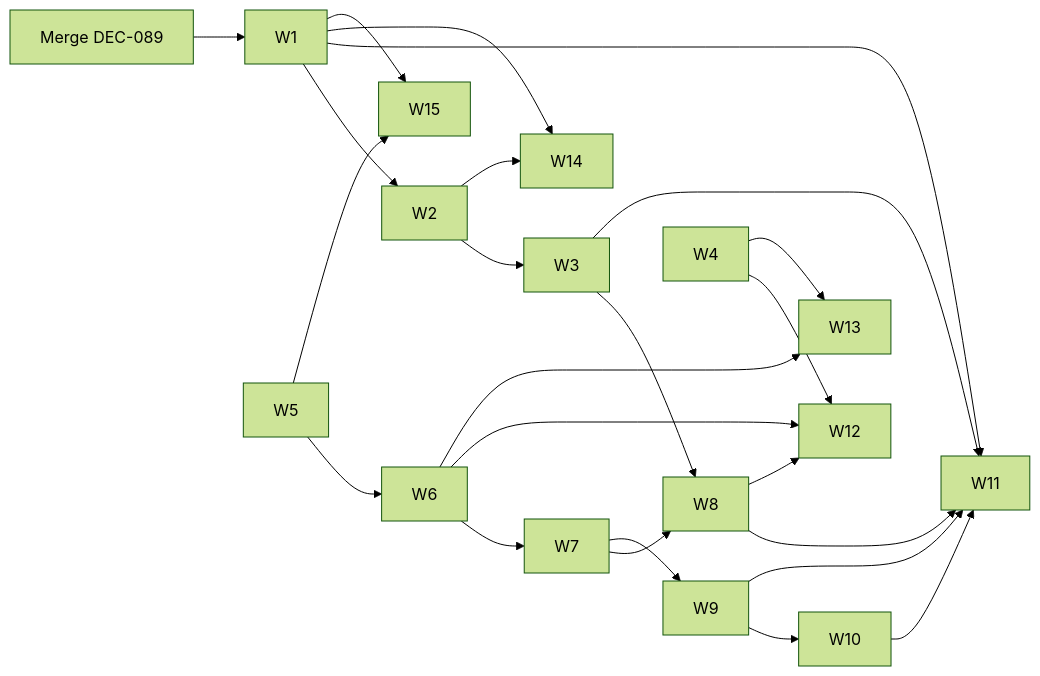
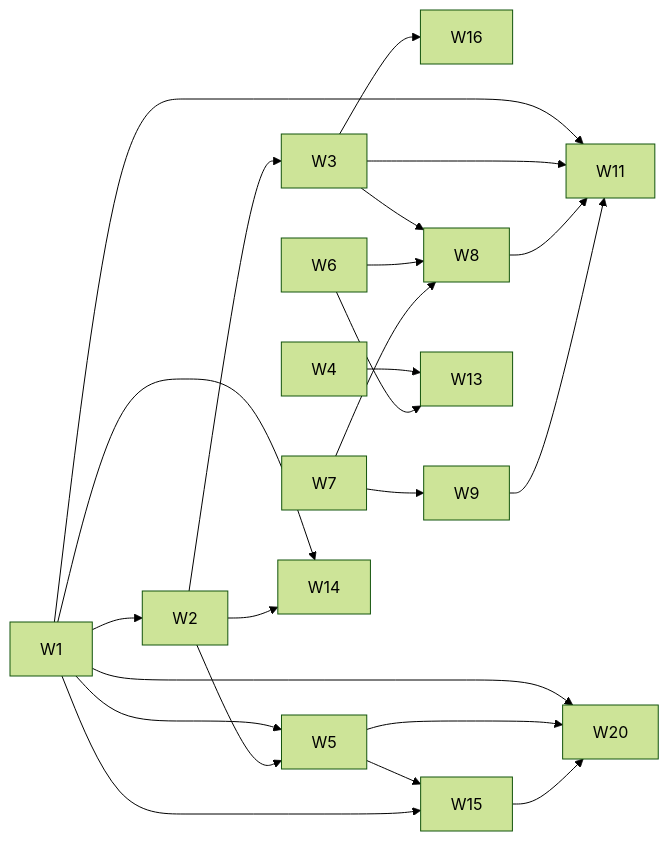
Before and after one commit to AbhishekR3/designPerspectives: the diagram in docs/waves/README.md, drawn with Mermaid (forest theme). The commit also changed other lines of this file and 28 other files, not shown here.

Commit message:
Reshape waves for v1: product vision, code search wave, findings, attachments, architecture commits, drafts, lenses for roles, system conversation

````diff
--- a/docs/waves/README.md
+++ b/docs/waves/README.md
@@ -44,13 +55,13 @@
 ```mermaid
 graph LR
-  P0[Merge DEC-089] --> W1
   W1 --> W2 --> W3
-  W5 --> W6 --> W7 --> W8
-  W3 --> W8
-  W7 --> W9 --> W10
-  W1 & W3 & W8 & W9 & W10 --> W11
-  W4 & W6 & W8 --> W12
+  W3 --> W16
+  W1 & W2 --> W5
+  W3 & W6 & W7 --> W8
+  W7 --> W9
+  W1 & W3 & W8 & W9 --> W11
+  W1 & W5 & W15 --> W20
   W4 & W6 --> W13
   W1 & W2 --> W14
   W5 & W1 --> W15
 ```
````
